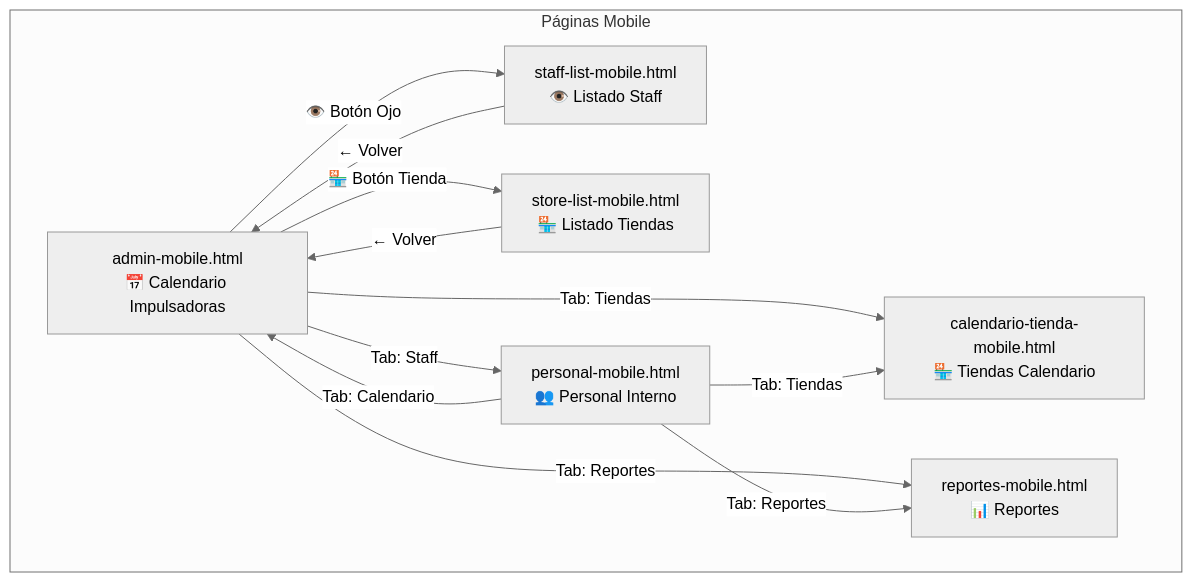
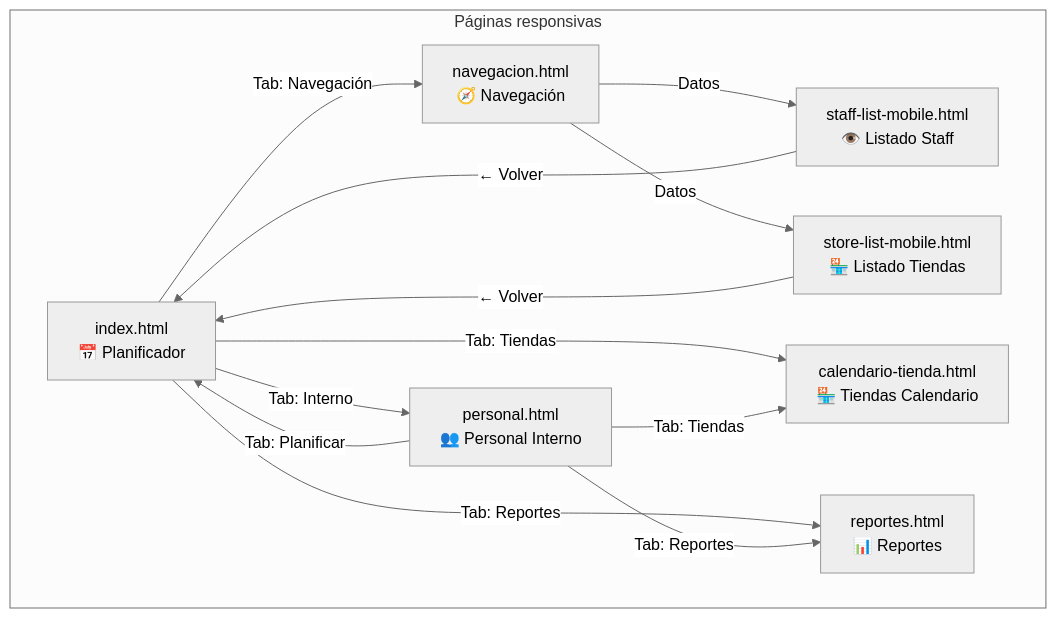
The second of 3 diagrams in DEPLOY_README.md (dilduck23/Horarios-Peluquero), drawn with Mermaid (neutral theme) before and after one commit. The commit also changed other lines of this file and 14 other files, not shown here.

````diff
--- a/DEPLOY_README.md
+++ b/DEPLOY_README.md
@@ -116,24 +118,26 @@
 ```mermaid
 graph TD
-    subgraph "Páginas Mobile"
-        AM[admin-mobile.html<br/>📅 Calendario Impulsadoras]
-        PM[personal-mobile.html<br/>👥 Personal Interno]
-        CTM[calendario-tienda-mobile.html<br/>🏪 Tiendas Calendario]
-        RPM[reportes-mobile.html<br/>📊 Reportes]
+    subgraph "Páginas responsivas"
+        AM[index.html<br/>📅 Planificador]
+        PM[personal.html<br/>👥 Personal Interno]
+        CTM[calendario-tienda.html<br/>🏪 Tiendas Calendario]
+        RPM[reportes.html<br/>📊 Reportes]
+        NAV[navegacion.html<br/>🧭 Navegación]
         SLM[staff-list-mobile.html<br/>👁️ Listado Staff]
         STM[store-list-mobile.html<br/>🏪 Listado Tiendas]
     end
 
-    AM -->|"👁️ Botón Ojo"| SLM
-    AM -->|"🏪 Botón Tienda"| STM
-    AM -->|"Tab: Staff"| PM
+    NAV -->|"Datos"| SLM
+    NAV -->|"Datos"| STM
+    AM -->|"Tab: Interno"| PM
     AM -->|"Tab: Tiendas"| CTM
     AM -->|"Tab: Reportes"| RPM
+    AM -->|"Tab: Navegación"| NAV
     
-    PM -->|"Tab: Calendario"| AM
+    PM -->|"Tab: Planificar"| AM
     PM -->|"Tab: Tiendas"| CTM
     PM -->|"Tab: Reportes"| RPM
     
     SLM -->|"← Volver"| AM
     STM -->|"← Volver"| AM
 ```
````
